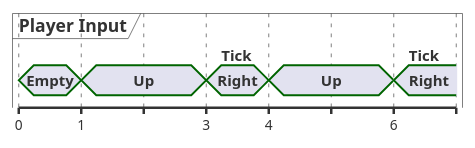
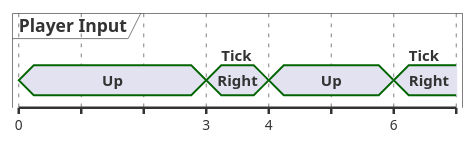
The first of 3 diagrams in docs/netfox/tutorials/input-gathering-tips-and-tricks.md (foxssake/netfox), drawn with PlantUML before and after one commit. The commit also changed other lines of this file, not shown here.

````diff
--- a/docs/netfox/tutorials/input-gathering-tips-and-tricks.md
+++ b/docs/netfox/tutorials/input-gathering-tips-and-tricks.md
@@ -56,12 +55,11 @@
 ```puml
 @startuml
 
 concise "Player Input" as P
 
 @P
-0 is Empty
-1 is Up
+0 is Up
 3 is Right: Tick
 4 is Up
 6 is Right: Tick
 ```
````
